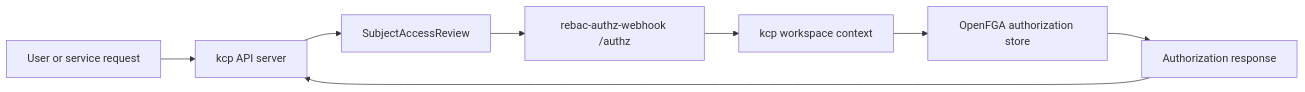
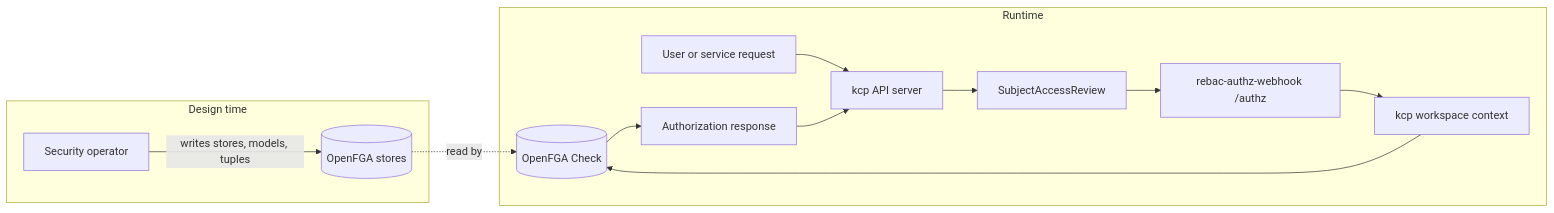
One commit to platform-mesh/platform-mesh.github.io changed the first of 2 diagrams in reference/components/rebac-authz-webhook.md. Above: the diagram before and after it, drawn with Mermaid. The commit also changed other lines of this file, not shown here.

````diff
--- a/reference/components/rebac-authz-webhook.md
+++ b/reference/components/rebac-authz-webhook.md
@@ -41,10 +41,18 @@
 ```mermaid
 flowchart LR
-  userRequest["User or service request"] --> kcp["kcp API server"]
-  kcp --> sar["SubjectAccessReview"]
-  sar --> webhook["rebac-authz-webhook /authz"]
-  webhook --> workspaceContext["kcp workspace context"]
-  workspaceContext --> openfga["OpenFGA authorization store"]
-  openfga --> decision["Authorization response"]
-  decision --> kcp
+  subgraph designTime["Design time"]
+    securityOperator["Security operator"] -->|writes stores, models, tuples| fgaStore[("OpenFGA stores")]
+  end
+
+  subgraph runtime["Runtime"]
+    userRequest["User or service request"] --> kcp["kcp API server"]
+    kcp --> sar["SubjectAccessReview"]
+    sar --> webhook["rebac-authz-webhook /authz"]
+    webhook --> workspaceContext["kcp workspace context"]
+    workspaceContext --> fgaCheck[("OpenFGA Check")]
+    fgaCheck --> decision["Authorization response"]
+    decision --> kcp
+  end
+
+  fgaStore -.read by.-> fgaCheck
 ```
````
